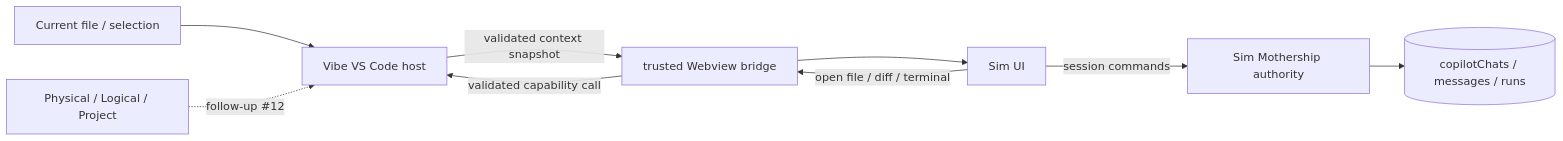
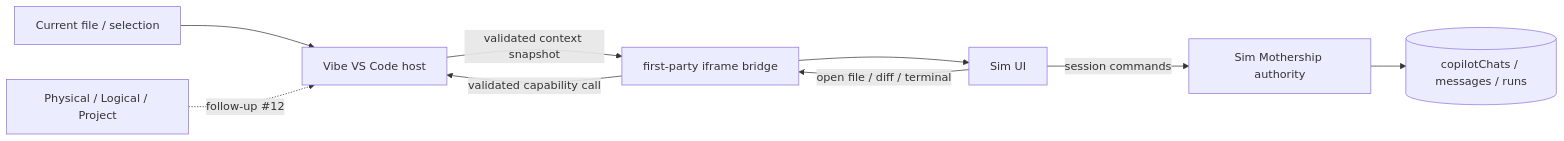
Before and after one commit to ActivePeter/vibe-vscode: the first of 2 diagrams in vibe_vscode_doc/design/sim_agent_session_authority.md, drawn with Mermaid. The commit also changed other lines of this file and 33 other files, not shown here.

````diff
--- a/vibe_vscode_doc/design/sim_agent_session_authority.md
+++ b/vibe_vscode_doc/design/sim_agent_session_authority.md
@@ -38,11 +38,11 @@
 ```mermaid
 flowchart LR
     EditorState["Current file / selection"] --> Host["Vibe VS Code host"]
     WorkspaceState["Physical / Logical / Project"] -. "follow-up #12" .-> Host
-    Host -->|"validated context snapshot"| Bridge["trusted Webview bridge"]
+    Host -->|"validated context snapshot"| Bridge["first-party iframe bridge"]
     Bridge --> SimUI["Sim UI"]
     SimUI -->|"session commands"| Mothership["Sim Mothership authority"]
     Mothership --> SimDB[("copilotChats / messages / runs")]
     SimUI -->|"open file / diff / terminal"| Bridge
     Bridge -->|"validated capability call"| Host
 ```
````
